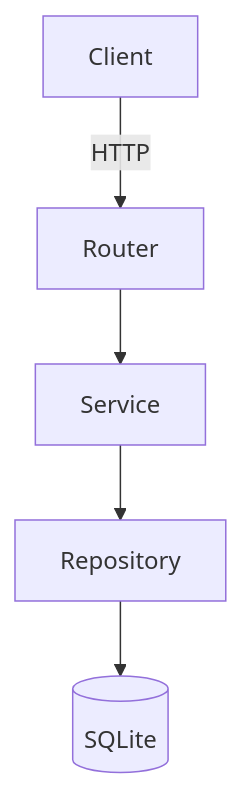
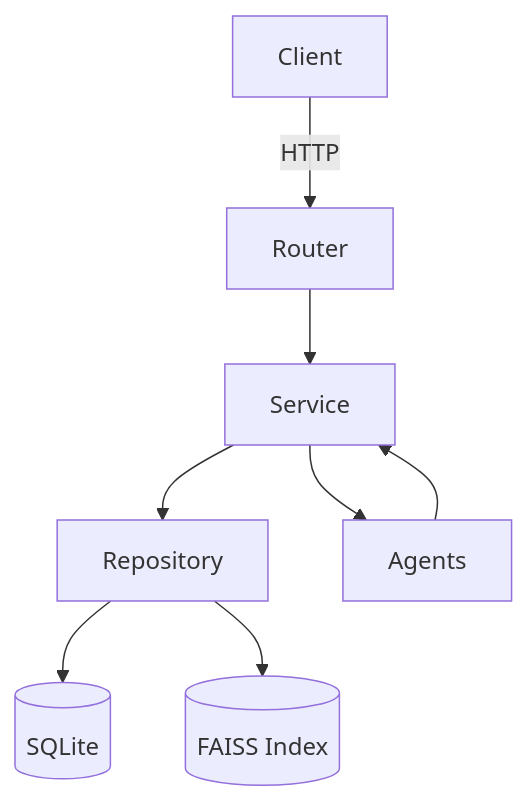
One commit to losstng/Hitherto changed the diagram in ARCHITECTURE.md. Above: the diagram before and after it, drawn with Mermaid. The commit also changed other lines of this file and 21 other files, not shown here.

````diff
--- a/ARCHITECTURE.md
+++ b/ARCHITECTURE.md
@@ -5,4 +5,7 @@
 ```mermaid
 flowchart TD
     Client -->|HTTP| Router --> Service --> Repository --> DB[(SQLite)]
+    Repository --> FAISS[(FAISS Index)]
+    Service --> Agents
+    Agents --> Service
 ```
````
